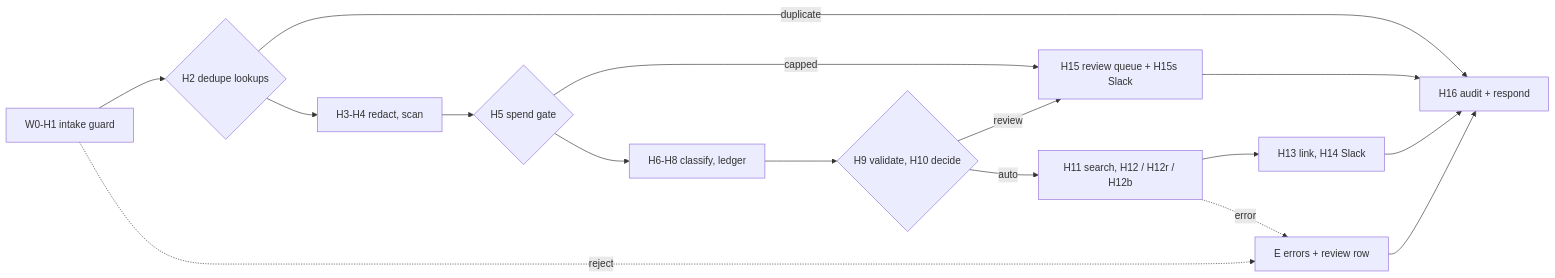
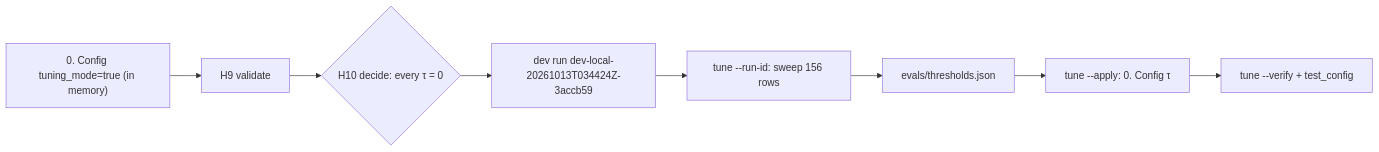
One commit to beyondalgorithms2026-source/support-triage-n8n changed the diagram in .ai/REVIEW.md. Above: the diagram before and after it, drawn with Mermaid. The commit also changed other lines of this file and 19 other files, not shown here.

First line of the commit message:
T4-09: Dev run and per-class threshold tuning

````diff
--- a/.ai/REVIEW.md
+++ b/.ai/REVIEW.md
@@ -11,14 +11,9 @@
 ```mermaid
 flowchart LR
-  W["W0-H1 intake guard"] --> H2{"H2 dedupe lookups"}
-  H2 -->|duplicate| A["H16 audit + respond"]
-  H2 --> R["H3-H4 redact, scan"] --> S{"H5 spend gate"}
-  S -->|capped| Q["H15 review queue + H15s Slack"]
-  S --> L["H6-H8 classify, ledger"] --> V{"H9 validate, H10 decide"}
-  V -->|review| Q
-  V -->|auto| J["H11 search, H12 / H12r / H12b"]
-  J --> K["H13 link, H14 Slack"] --> A
-  Q --> A
-  W -.->|reject| E["E errors + review row"] --> A
-  J -.->|error| E
+  C["0. Config tuning_mode=true (in memory)"] --> H["H9 validate"] --> D{"H10 decide: every τ = 0"}
+  D --> R["dev run dev-local-20261013T034424Z-3accb59"]
+  R --> T["tune --run-id: sweep 156 rows"]
+  T --> J["evals/thresholds.json"]
+  J --> A["tune --apply: 0. Config τ"]
+  A --> V["tune --verify + test_config"]
 ```
````
